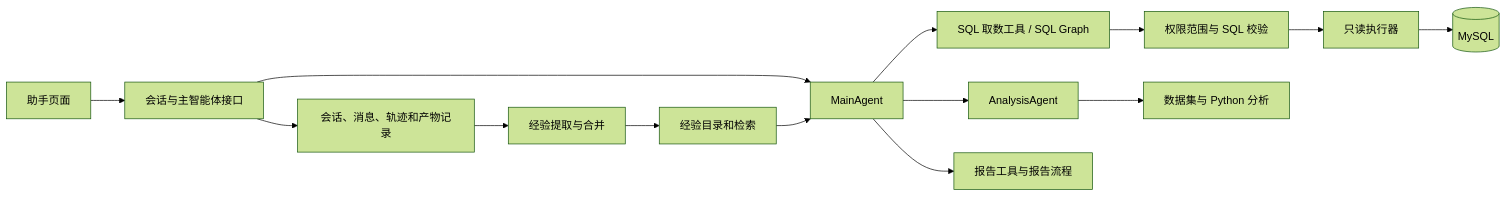
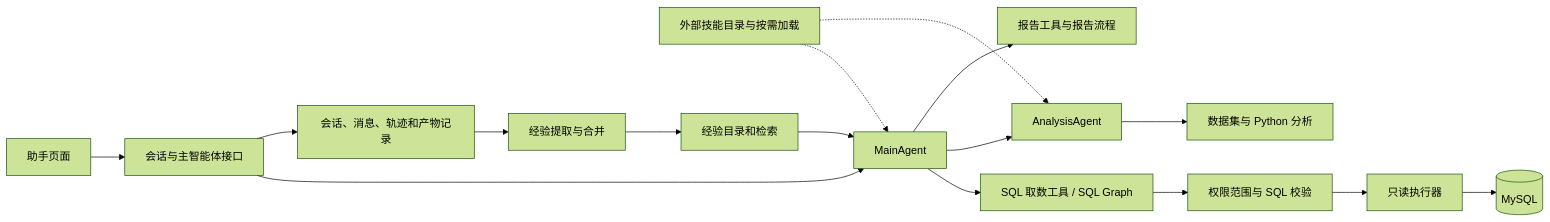
Before and after one commit to LI-S-H/qiheng-erp: the first of 2 diagrams in docs/architecture/ai.md, drawn with Mermaid (forest theme). The commit also changed other lines of this file and 7 other files, not shown here.

Commit message:
docs: expand project readme and architecture

````diff
--- a/docs/architecture/ai.md
+++ b/docs/architecture/ai.md
@@ -5,16 +5,18 @@
 ```mermaid
 flowchart LR
     UI[助手页面] --> API[会话与主智能体接口]
     API --> MAIN[MainAgent]
     MAIN --> SQL[SQL 取数工具 / SQL Graph]
     SQL --> GUARD[权限范围与 SQL 校验]
     GUARD --> READ[只读执行器]
     READ --> DB[(MySQL)]
     MAIN --> ANALYSIS[AnalysisAgent]
     ANALYSIS --> DATA[数据集与 Python 分析]
     MAIN --> REPORT[报告工具与报告流程]
+    SKILL[外部技能目录与按需加载] -.-> MAIN
+    SKILL -.-> ANALYSIS
     API --> STORE[会话、消息、轨迹和产物记录]
     STORE --> EXP[经验提取与合并]
     EXP --> CATALOG[经验目录和检索]
     CATALOG --> MAIN
 ```
````
